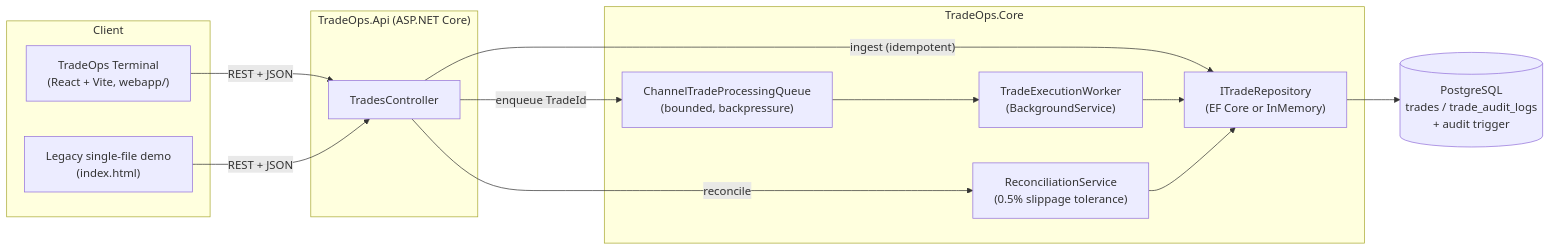
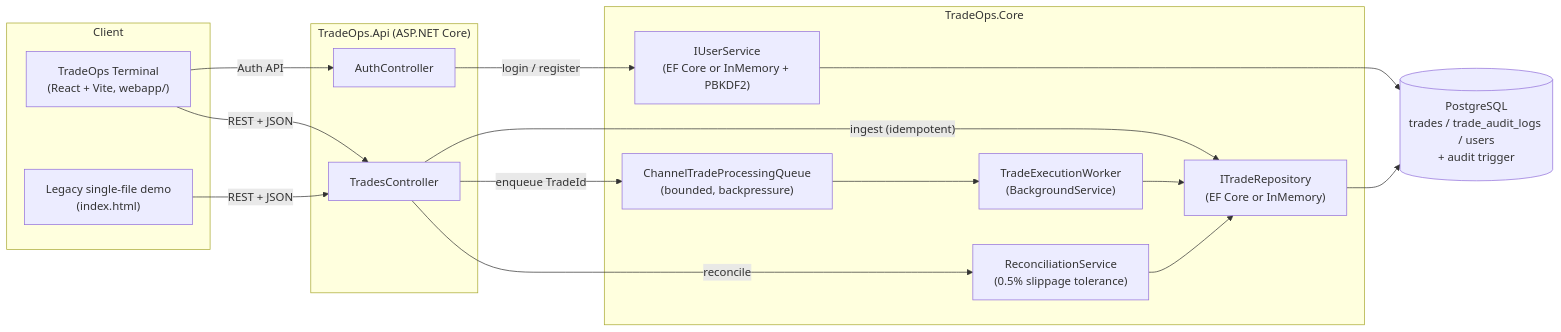
Before and after one commit to joshuabalanza/SampleTradeApp: the diagram in README.md, drawn with Mermaid. The commit also changed other lines of this file, not shown here.

````diff
--- a/README.md
+++ b/README.md
@@ -58,30 +58,35 @@
 ```mermaid
 flowchart LR
     subgraph Client
         UI["TradeOps Terminal<br/>(React + Vite, webapp/)"]
         Legacy["Legacy single-file demo<br/>(index.html)"]
     end
 
     subgraph API["TradeOps.Api (ASP.NET Core)"]
         Ctrl["TradesController"]
+        AuthCtrl["AuthController"]
     end
 
     subgraph Core["TradeOps.Core"]
         Queue["ChannelTradeProcessingQueue<br/>(bounded, backpressure)"]
         Worker["TradeExecutionWorker<br/>(BackgroundService)"]
         Reconcile["ReconciliationService<br/>(0.5% slippage tolerance)"]
         Repo["ITradeRepository<br/>(EF Core or InMemory)"]
+        UserSvc["IUserService<br/>(EF Core or InMemory + PBKDF2)"]
     end
 
-    DB[("PostgreSQL<br/>trades / trade_audit_logs<br/>+ audit trigger")]
+    DB[("PostgreSQL<br/>trades / trade_audit_logs / users<br/>+ audit trigger")]
 
     UI -- "REST + JSON" --> Ctrl
+    UI -- "Auth API" --> AuthCtrl
     Legacy -- "REST + JSON" --> Ctrl
+    AuthCtrl -- "login / register" --> UserSvc
+    UserSvc --> DB
     Ctrl -- "ingest (idempotent)" --> Repo
     Ctrl -- "enqueue TradeId" --> Queue
     Queue --> Worker
     Worker --> Repo
     Ctrl -- "reconcile" --> Reconcile
     Reconcile --> Repo
     Repo --> DB
 ```
````
